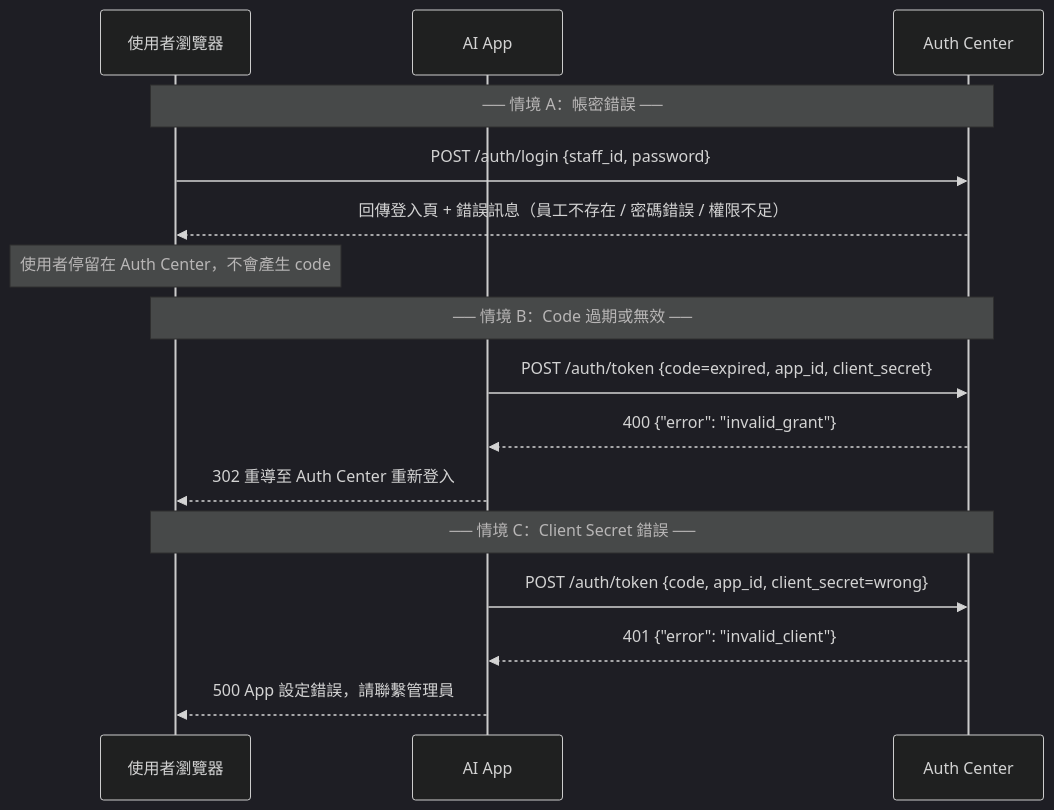
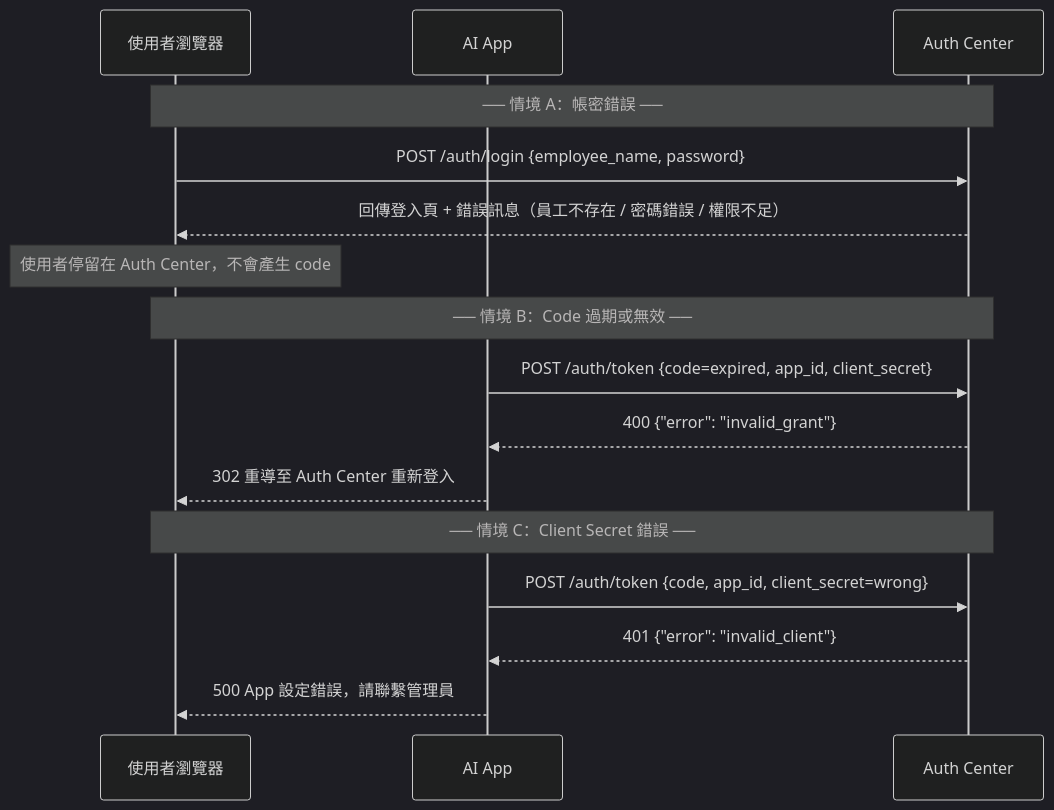
The third of 8 diagrams in README.md (bwinken/authcenter), drawn with Mermaid (dark theme) before and after one commit. The commit also changed other lines of this file and 14 other files, not shown here.

First line of the commit message:
refactor: rename staff_id to employee_name with lowercase normalization

````diff
--- a/README.md
+++ b/README.md
@@ -181,21 +181,21 @@
 ```mermaid
 sequenceDiagram
     participant U as 使用者瀏覽器
     participant A as AI App
     participant C as Auth Center
 
     Note over U,C: ── 情境 A：帳密錯誤 ──
-    U->>C: POST /auth/login {staff_id, password}
+    U->>C: POST /auth/login {employee_name, password}
     C-->>U: 回傳登入頁 + 錯誤訊息（員工不存在 / 密碼錯誤 / 權限不足）
     Note over U: 使用者停留在 Auth Center，不會產生 code
 
     Note over U,C: ── 情境 B：Code 過期或無效 ──
     A->>C: POST /auth/token {code=expired, app_id, client_secret}
     C-->>A: 400 {"error": "invalid_grant"}
     A-->>U: 302 重導至 Auth Center 重新登入
 
     Note over U,C: ── 情境 C：Client Secret 錯誤 ──
     A->>C: POST /auth/token {code, app_id, client_secret=wrong}
     C-->>A: 401 {"error": "invalid_client"}
     A-->>U: 500 App 設定錯誤，請聯繫管理員
 ```
````
